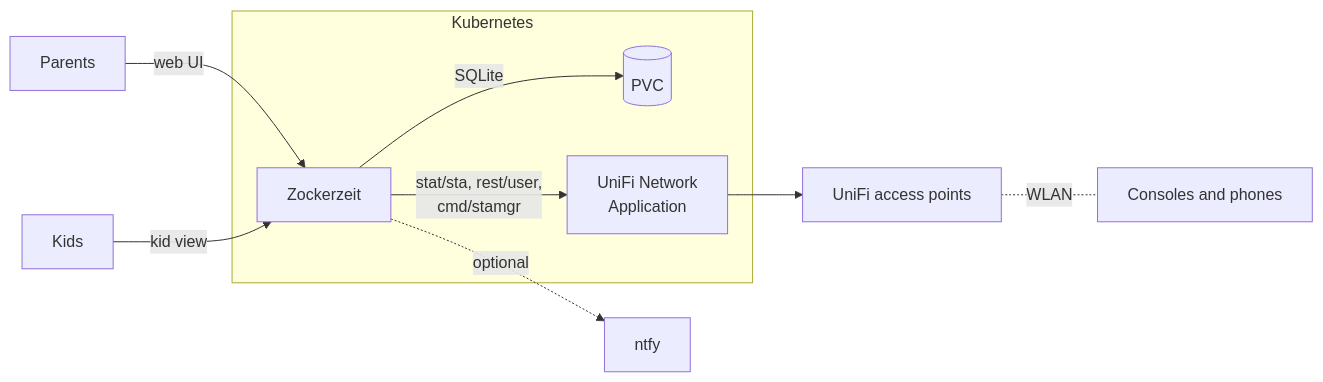
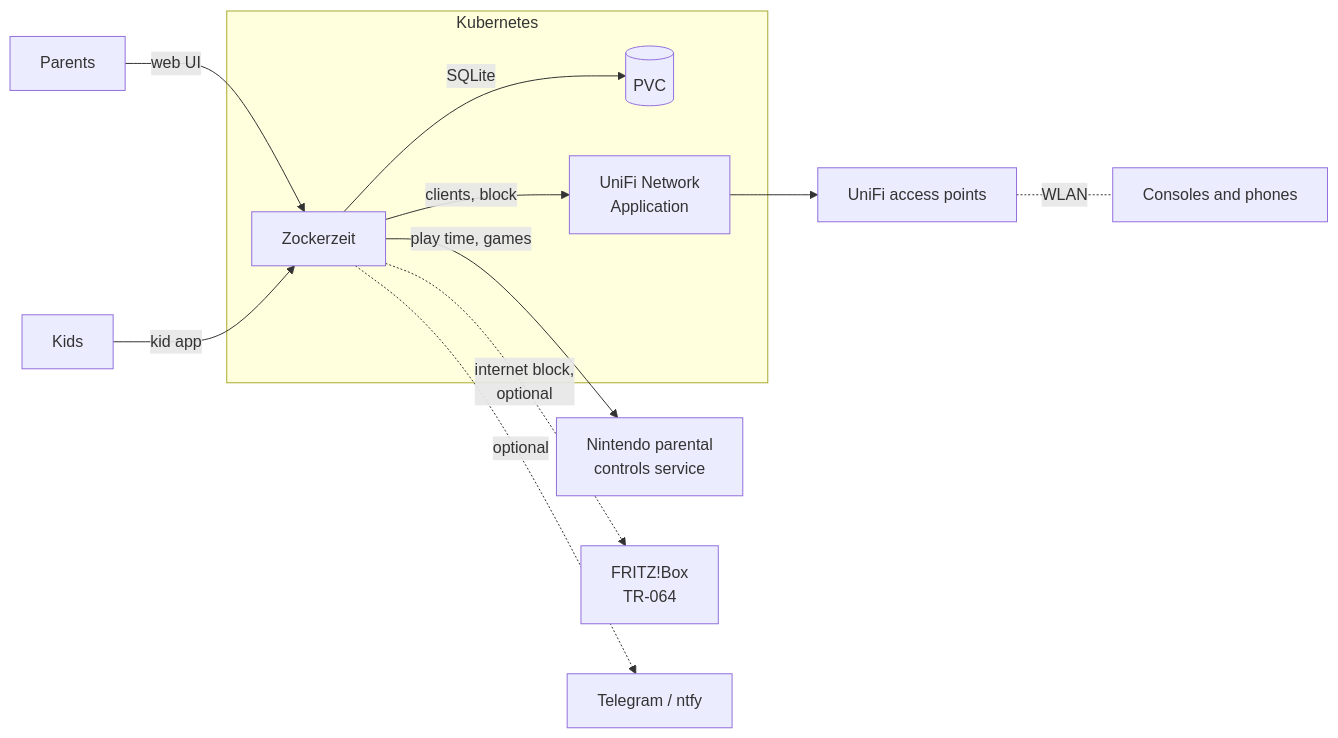
The diagram in README.md (slauger/zockerzeit), drawn with Mermaid before and after one commit. The commit also changed other lines of this file and 11 other files, not shown here.

````diff
--- a/README.md
+++ b/README.md
@@ -36,12 +35,14 @@
 ```mermaid
 flowchart LR
     subgraph Kubernetes
         ZZ[Zockerzeit] -->|SQLite| PVC[(PVC)]
-        ZZ -->|stat/sta, rest/user,<br>cmd/stamgr| UC[UniFi Network<br>Application]
+        ZZ -->|clients, block| UC[UniFi Network<br>Application]
     end
+    ZZ -->|play time, games| NIN[Nintendo parental<br>controls service]
+    ZZ -.->|internet block,<br>optional| FB[FRITZ!Box<br>TR-064]
+    ZZ -.->|optional| NT[Telegram / ntfy]
     UC --> AP[UniFi access points]
     AP -. WLAN .- D[Consoles and phones]
     P[Parents] -->|web UI| ZZ
-    K[Kids] -->|kid view| ZZ
-    ZZ -.->|optional| N[ntfy]
+    K[Kids] -->|kid app| ZZ
 ```
````
